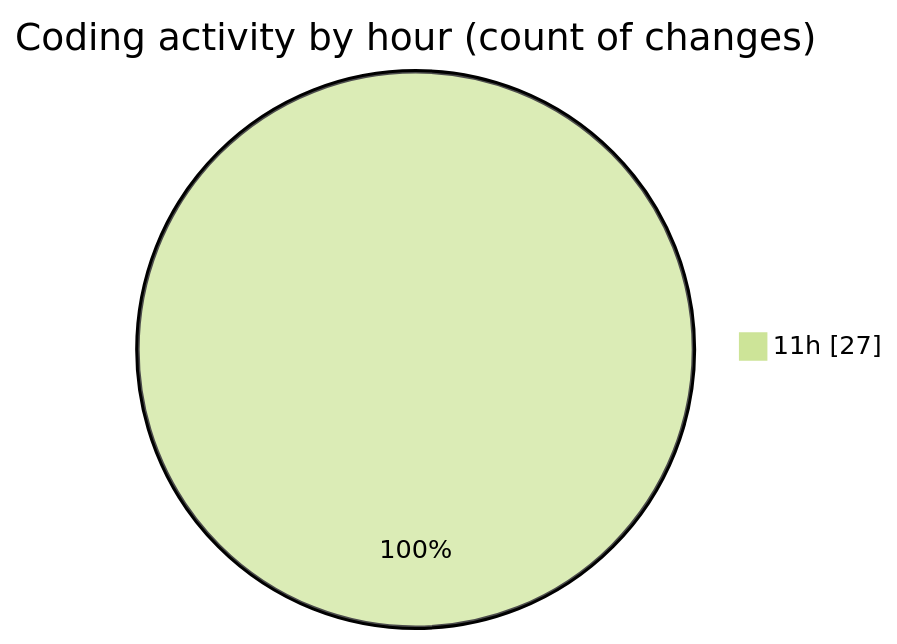
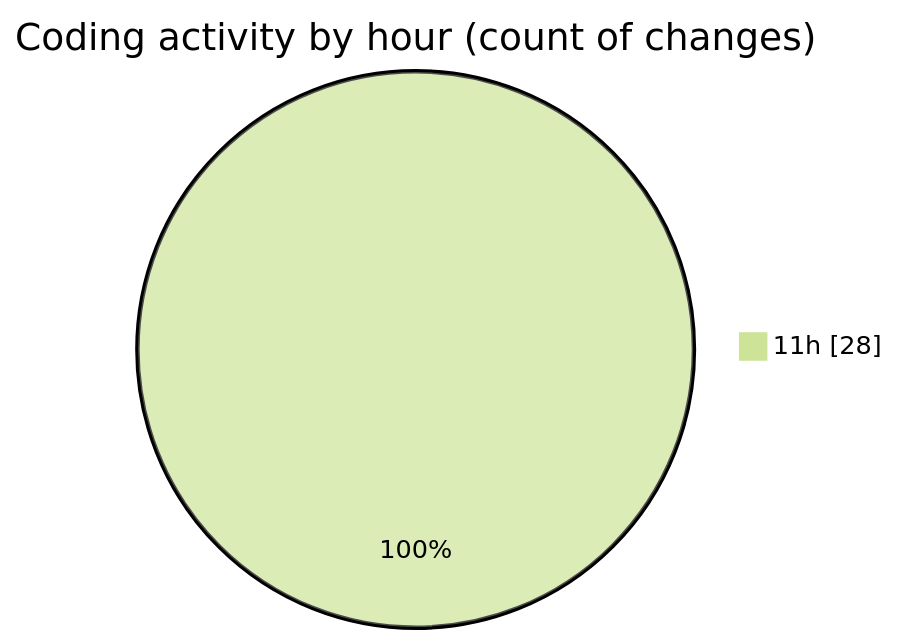
The second of 2 diagrams in 2025-11-05/nxtqube_webapp/README.md (nxtqubesakshisongat/code-tracking), drawn with Mermaid (forest theme) before and after one commit. The commit also changed other lines of this file and 1 other file, not shown here.

````diff
--- a/2025-11-05/nxtqube_webapp/README.md
+++ b/2025-11-05/nxtqube_webapp/README.md
@@ -34,5 +34,5 @@
 ```mermaid
 pie showData
 title Coding activity by hour (count of changes)
-"11h" : 27
+"11h" : 28
 ```
````
